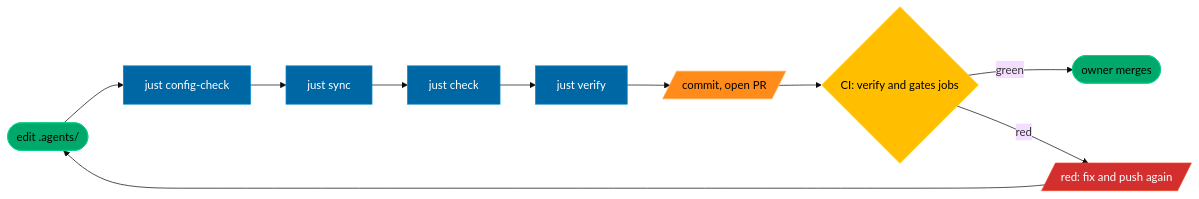
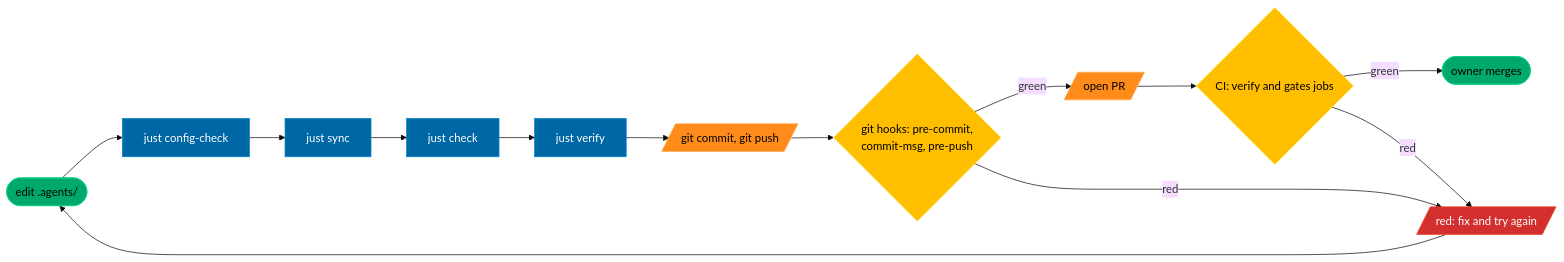
One commit to tpetedb/toms-agent-config changed the diagram in QUICKSTART.md. Above: the diagram before and after it, drawn with Mermaid (base theme). The commit also changed other lines of this file and 178 other files, not shown here.

First line of the commit message:
M2: hook guard, git hooks, human loop, GitHub forms and the Workflow ruling (#8)

````diff
--- a/QUICKSTART.md
+++ b/QUICKSTART.md
@@ -27,25 +28,29 @@
 ```mermaid
 flowchart LR
     edit(["edit .agents/"])
     cc["just config-check"]
     sync["just sync"]
     chk["just check"]
     ver["just verify"]
-    pr[/"commit, open PR"/]
+    commit[/"git commit, git push"/]
+    hk{"git hooks: pre-commit,<br/>commit-msg, pre-push"}
+    pr[/"open PR"/]
     ci{"CI: verify and gates jobs"}
-    fix[/"red: fix and push again"/]
+    fix[/"red: fix and try again"/]
     done(["owner merges"])
-    edit --> cc --> sync --> chk --> ver --> pr --> ci
+    edit --> cc --> sync --> chk --> ver --> commit --> hk
+    hk -- green --> pr --> ci
+    hk -- red --> fix
     ci -- green --> done
     ci -- red --> fix --> edit
     classDef term fill:#00A86B,stroke:#00D084,color:#000000
     classDef proc fill:#0067A5,stroke:#0088CC,color:#FFFFFF
     classDef dec fill:#FFBF00,stroke:#FFD500,color:#000000
     classDef io fill:#FF8C1A,stroke:#FFA94D,color:#000000
     classDef stop fill:#D32F2F,stroke:#F04923,color:#FFFFFF
     class edit,done term
     class cc,sync,chk,ver proc
-    class ci dec
-    class pr io
+    class ci,hk dec
+    class commit,pr io
     class fix stop
 ```
````
